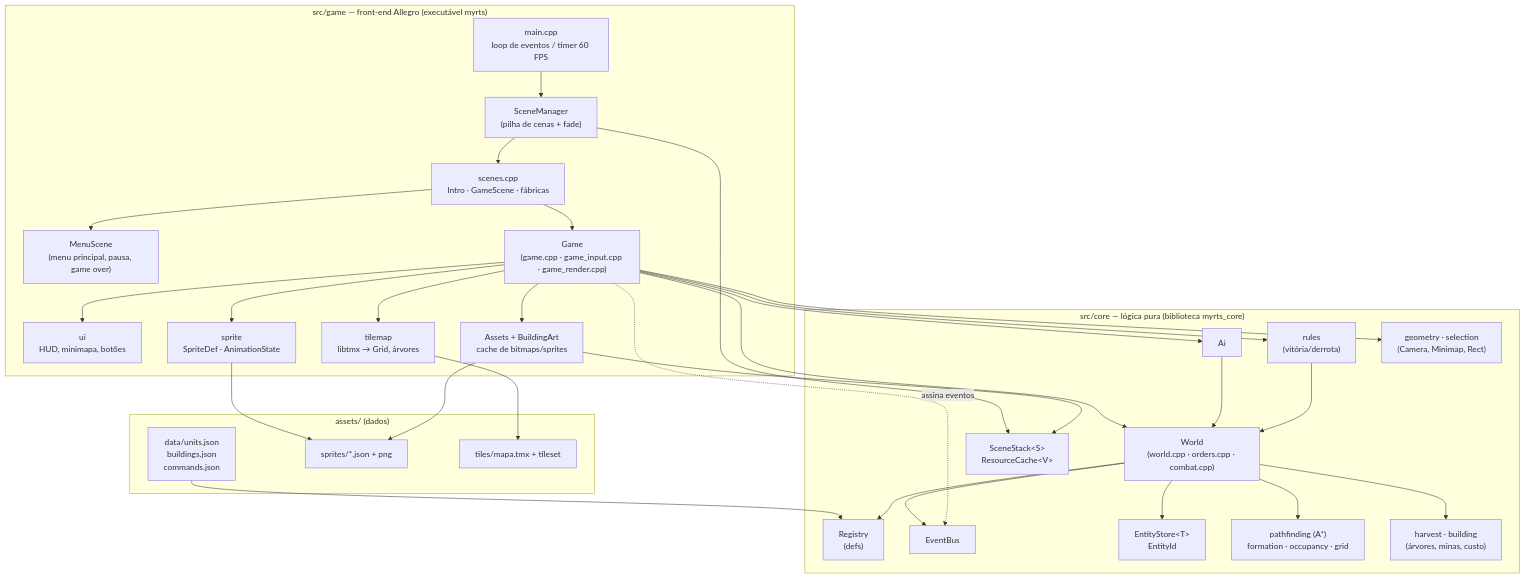
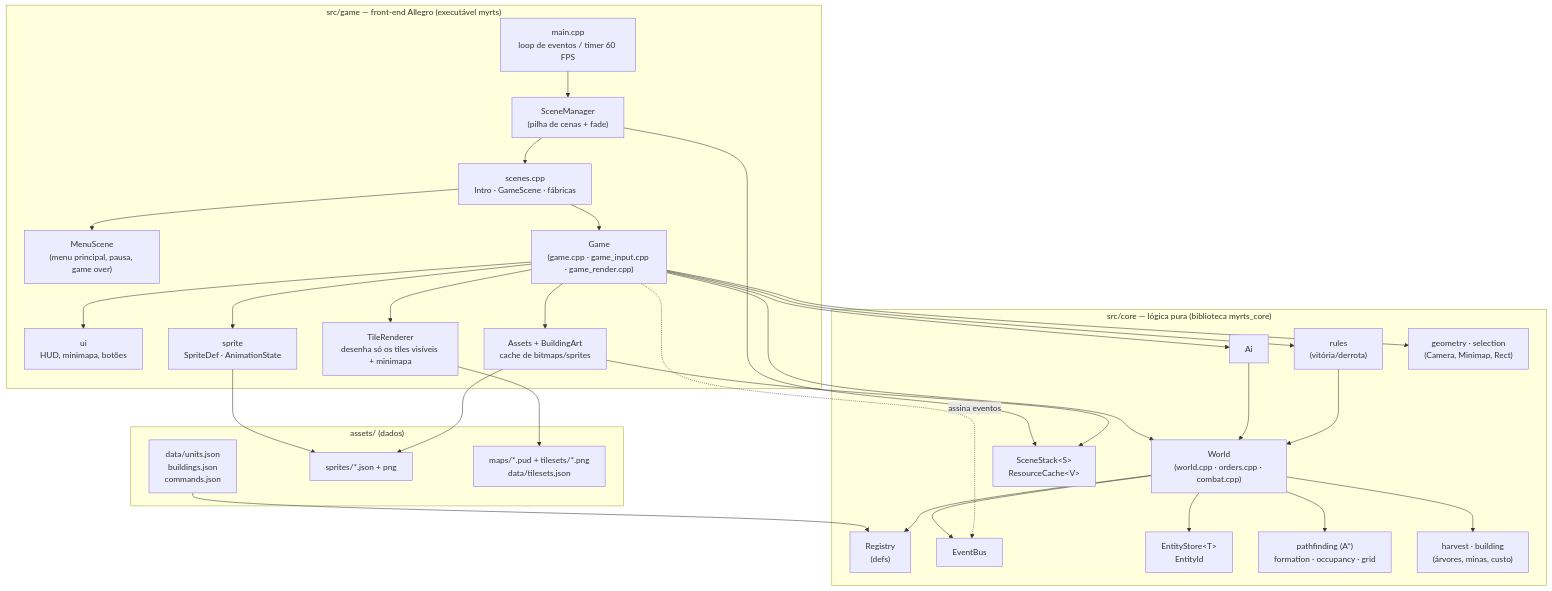
One commit to brunogamacatao/myrts changed the first of 6 diagrams in docs/OVERVIEW.md. Above: the diagram before and after it, drawn with Mermaid. The commit also changed other lines of this file and 101 other files, not shown here.

````diff
--- a/docs/OVERVIEW.md
+++ b/docs/OVERVIEW.md
@@ -27,58 +27,58 @@
 ```mermaid
 flowchart TB
   subgraph DATA["assets/ (dados)"]
     J["data/units.json<br/>buildings.json<br/>commands.json"]
     SP["sprites/*.json + png"]
-    TM["tiles/mapa.tmx + tileset"]
+    TM["maps/*.pud + tilesets/*.png<br/>data/tilesets.json"]
   end
 
   subgraph GAME["src/game — front-end Allegro (executável myrts)"]
     MAIN["main.cpp<br/>loop de eventos / timer 60 FPS"]
     SM["SceneManager<br/>(pilha de cenas + fade)"]
     SC["scenes.cpp<br/>Intro · GameScene · fábricas"]
     MS["MenuScene<br/>(menu principal, pausa, game over)"]
     G["Game<br/>(game.cpp · game_input.cpp · game_render.cpp)"]
     UI["ui<br/>HUD, minimapa, botões"]
     SPR["sprite<br/>SpriteDef · AnimationState"]
     AS["Assets + BuildingArt<br/>cache de bitmaps/sprites"]
-    TMAP["tilemap<br/>libtmx → Grid, árvores"]
+    TMAP["TileRenderer<br/>desenha só os tiles visíveis + minimapa"]
   end
 
   subgraph CORE["src/core — lógica pura (biblioteca myrts_core)"]
     W["World<br/>(world.cpp · orders.cpp · combat.cpp)"]
     REG["Registry<br/>(defs)"]
     AI["Ai"]
     RULES["rules<br/>(vitória/derrota)"]
     EV["EventBus"]
     ES["EntityStore&lt;T&gt;<br/>EntityId"]
     NAV["pathfinding (A*)<br/>formation · occupancy · grid"]
     ECO["harvest · building<br/>(árvores, minas, custo)"]
     GEO["geometry · selection<br/>(Camera, Minimap, Rect)"]
     SS["SceneStack&lt;S&gt;<br/>ResourceCache&lt;V&gt;"]
   end
 
   J --> REG
   MAIN --> SM --> SC --> G
   SC --> MS
   SM --> SS
   AS --> SS
   G --> W
   G --> AI
   G --> RULES
   G --> UI
   G --> SPR
   G --> AS
   G --> TMAP
   G --> GEO
   TMAP --> TM
   SPR --> SP
   AS --> SP
   W --> REG
   W --> EV
   W --> ES
   W --> NAV
   W --> ECO
   AI --> W
   RULES --> W
   G -. "assina eventos" .-> EV
 ```
````
